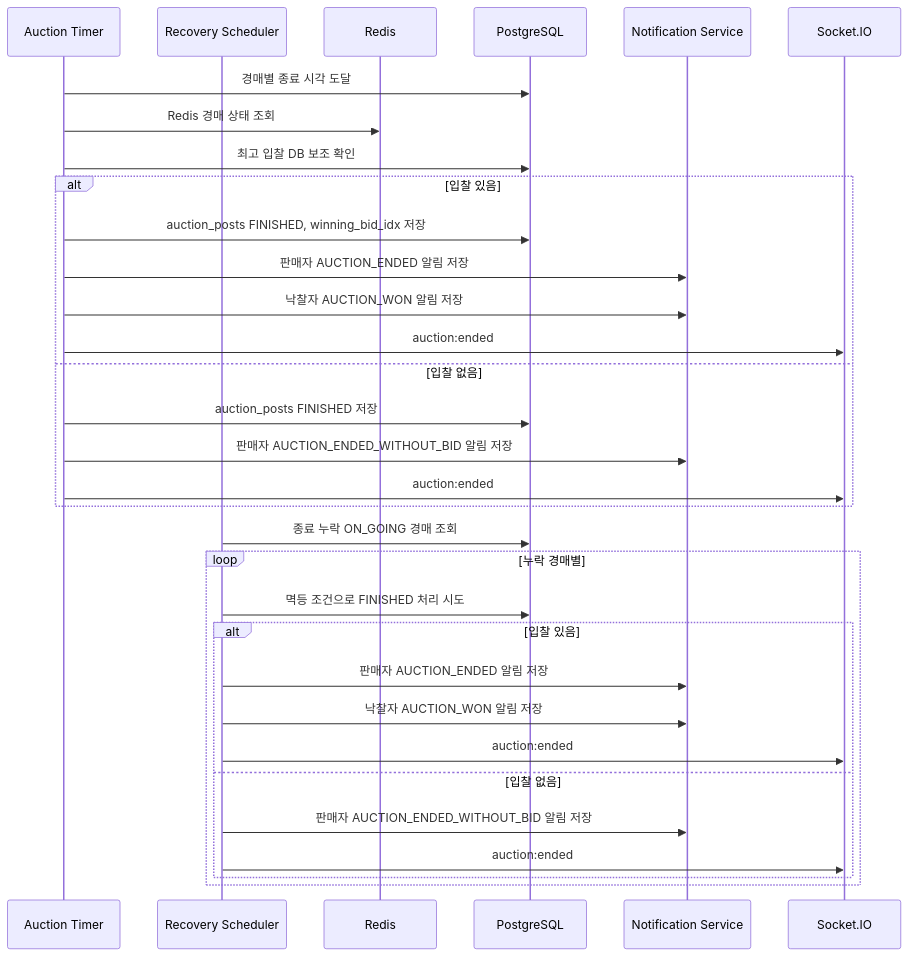
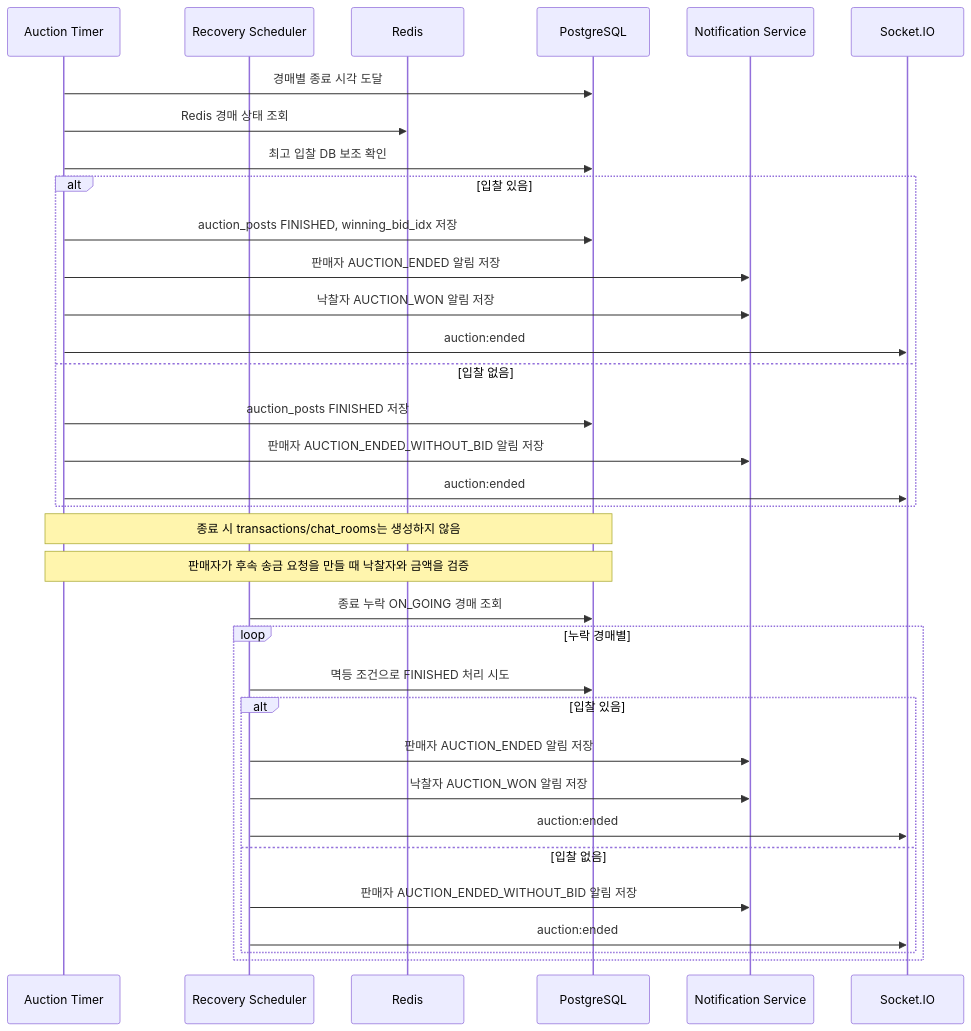
One commit to hurwan0629/potato-land changed the diagram in docs/Potato-Land-Docs/04. 다이어그램/D-02 경매 종료 스케줄러 시퀀스.md. Above: the diagram before and after it, drawn with Mermaid. The commit also changed other lines of this file and 55 other files, not shown here.

Commit message:
docs: align implementation flows and state contracts

````diff
--- a/docs/Potato-Land-Docs/04. 다이어그램/D-02 경매 종료 스케줄러 시퀀스.md
+++ b/docs/Potato-Land-Docs/04. 다이어그램/D-02 경매 종료 스케줄러 시퀀스.md
@@ -3,36 +3,39 @@
 ```mermaid
 sequenceDiagram
     participant T as Auction Timer
     participant C as Recovery Scheduler
     participant R as Redis
     participant D as PostgreSQL
     participant N as Notification Service
     participant IO as Socket.IO
 
     T->>D: 경매별 종료 시각 도달
     T->>R: Redis 경매 상태 조회
     T->>D: 최고 입찰 DB 보조 확인
     alt 입찰 있음
         T->>D: auction_posts FINISHED, winning_bid_idx 저장
         T->>N: 판매자 AUCTION_ENDED 알림 저장
         T->>N: 낙찰자 AUCTION_WON 알림 저장
         T->>IO: auction:ended
     else 입찰 없음
         T->>D: auction_posts FINISHED 저장
         T->>N: 판매자 AUCTION_ENDED_WITHOUT_BID 알림 저장
         T->>IO: auction:ended
     end
 
+    Note over T,D: 종료 시 transactions/chat_rooms는 생성하지 않음
+    Note over T,D: 판매자가 후속 송금 요청을 만들 때 낙찰자와 금액을 검증
+
     C->>D: 종료 누락 ON_GOING 경매 조회
     loop 누락 경매별
         C->>D: 멱등 조건으로 FINISHED 처리 시도
         alt 입찰 있음
             C->>N: 판매자 AUCTION_ENDED 알림 저장
             C->>N: 낙찰자 AUCTION_WON 알림 저장
             C->>IO: auction:ended
         else 입찰 없음
             C->>N: 판매자 AUCTION_ENDED_WITHOUT_BID 알림 저장
             C->>IO: auction:ended
         end
     end
 ```
````
